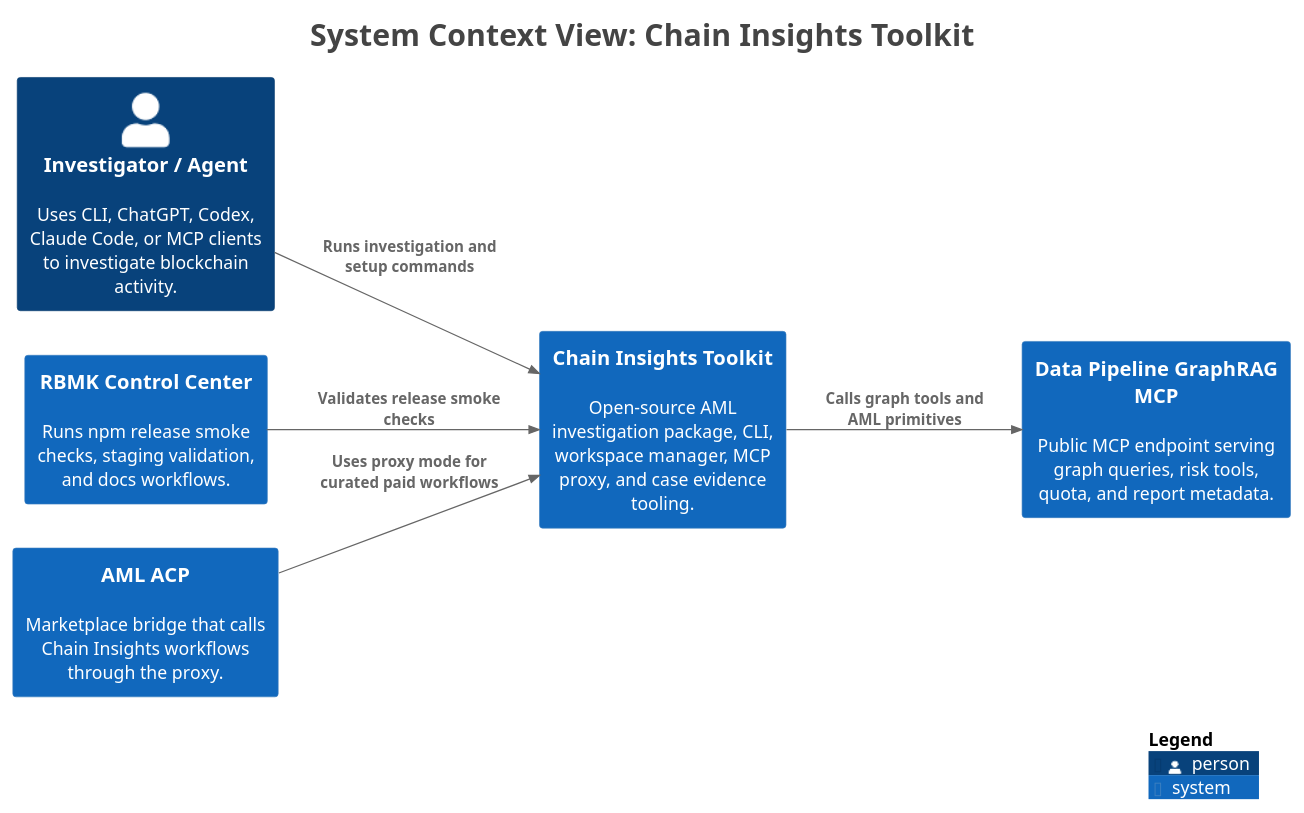
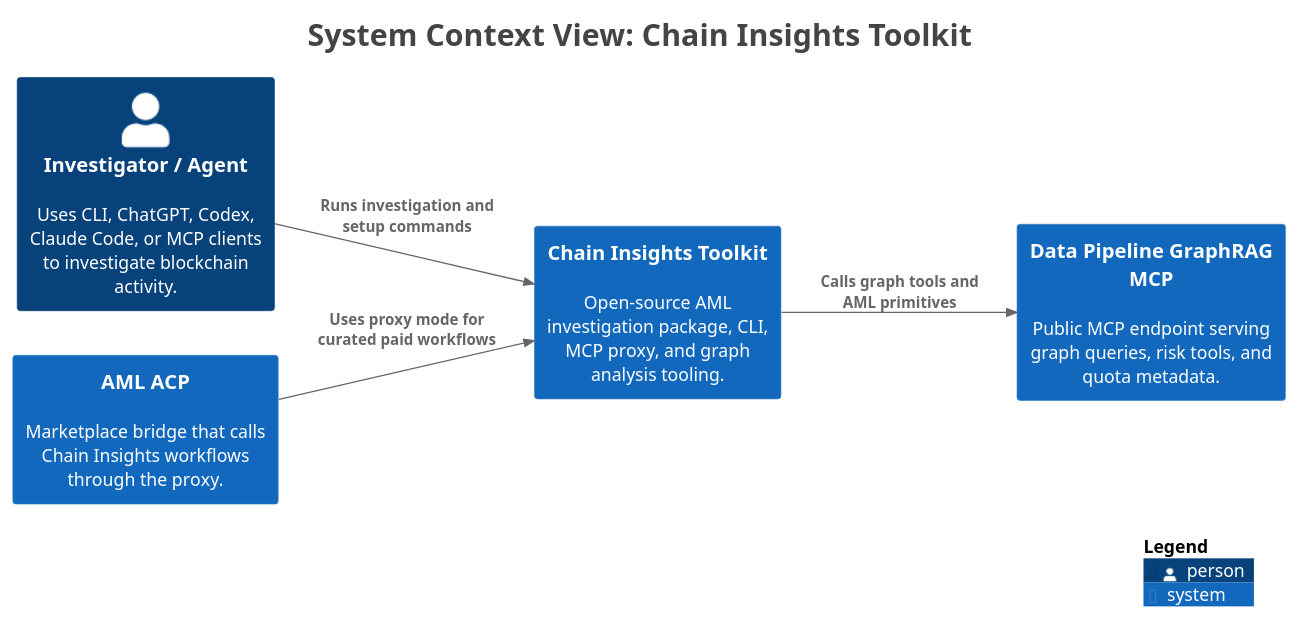
Before and after one commit to chainswarm/chain-insights: the diagram in docs/architecture/diagrams/rendered/global/structurizr-chain-insights-context.puml, drawn with PlantUML. The commit also changed 56 other files, not shown here.

Commit message:
release: focus first CLI surface

```diff
--- a/docs/architecture/diagrams/rendered/global/structurizr-chain-insights-context.puml
+++ b/docs/architecture/diagrams/rendered/global/structurizr-chain-insights-context.puml
@@ -1,30 +1,28 @@
 @startuml
 title <size:24>System Context View: Chain Insights Toolkit</size>
 
 set separator none
 left to right direction
 
 <style>
   root {
     BackgroundColor: #ffffff
     FontColor: #444444
   }
 </style>
 
 !include <C4/C4>
 !include <C4/C4_Context>
 
 Person(InvestigatorAgent, "Investigator / Agent", $descr="Uses CLI, ChatGPT, Codex, Claude Code, or MCP clients to investigate blockchain activity.", $tags="", $link="")
-System(RBMKControlCenter, "RBMK Control Center", $descr="Runs npm release smoke checks, staging validation, and docs workflows.", $tags="", $link="")
-System(DataPipelineGraphRAGMCP, "Data Pipeline GraphRAG MCP", $descr="Public MCP endpoint serving graph queries, risk tools, quota, and report metadata.", $tags="", $link="")
+System(DataPipelineGraphRAGMCP, "Data Pipeline GraphRAG MCP", $descr="Public MCP endpoint serving graph queries, risk tools, and quota metadata.", $tags="", $link="")
 System(AMLACP, "AML ACP", $descr="Marketplace bridge that calls Chain Insights workflows through the proxy.", $tags="", $link="")
-System(ChainInsightsToolkit, "Chain Insights Toolkit", $descr="Open-source AML investigation package, CLI, workspace manager, MCP proxy, and case evidence tooling.", $tags="", $link="")
+System(ChainInsightsToolkit, "Chain Insights Toolkit", $descr="Open-source AML investigation package, CLI, MCP proxy, and graph analysis tooling.", $tags="", $link="")
 
 Rel(InvestigatorAgent, ChainInsightsToolkit, "Runs investigation and setup commands", $techn="", $tags="", $link="")
-Rel(RBMKControlCenter, ChainInsightsToolkit, "Validates release smoke checks", $techn="", $tags="", $link="")
 Rel(AMLACP, ChainInsightsToolkit, "Uses proxy mode for curated paid workflows", $techn="", $tags="", $link="")
 Rel(ChainInsightsToolkit, DataPipelineGraphRAGMCP, "Calls graph tools and AML primitives", $techn="", $tags="", $link="")
 
 SHOW_LEGEND(true)
 hide stereotypes
 @enduml
```
